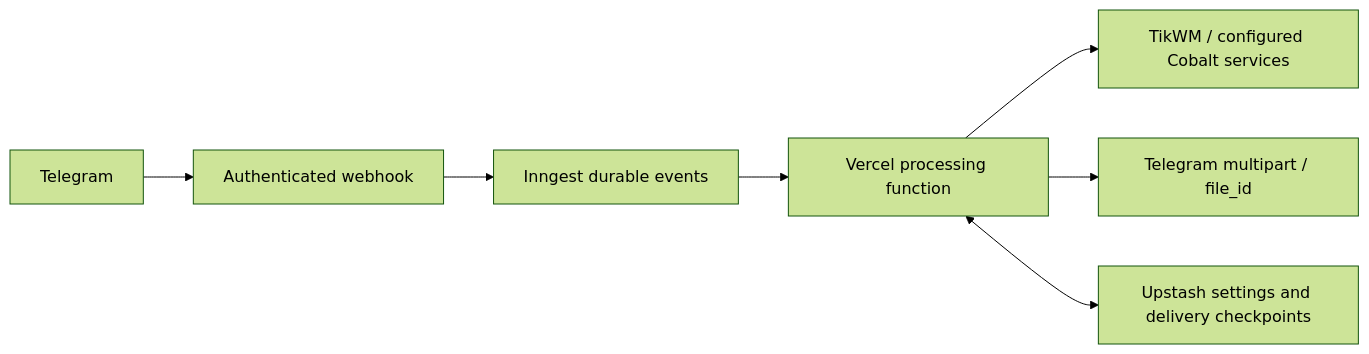
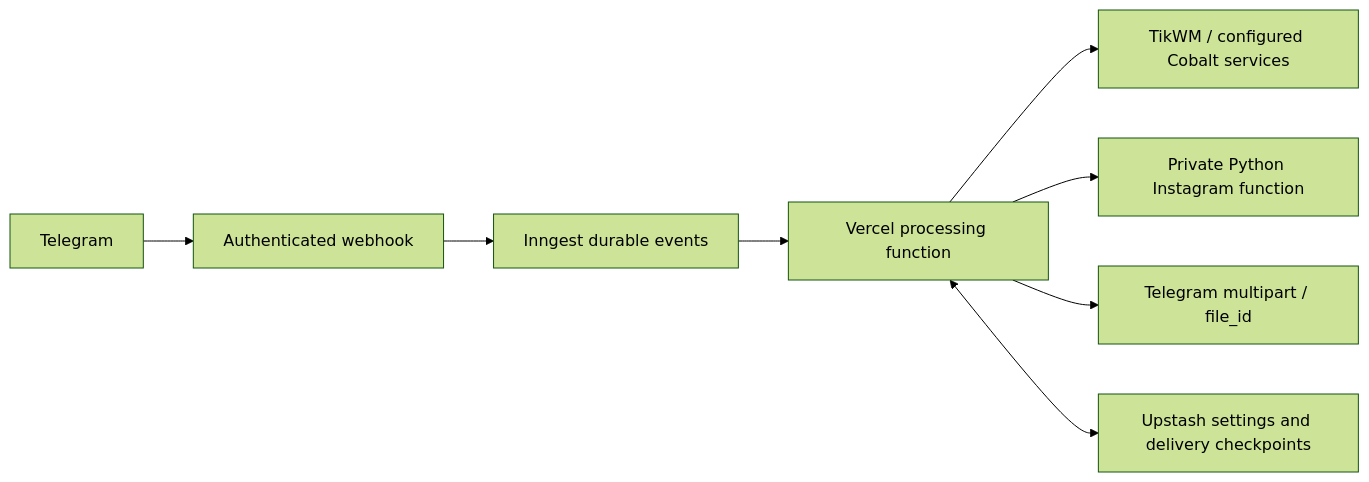
One commit to Gleb4442/telegram-video-bot changed the diagram in README.md. Above: the diagram before and after it, drawn with Mermaid (forest theme). The commit also changed other lines of this file and 5 other files, not shown here.

````diff
--- a/README.md
+++ b/README.md
@@ -22,9 +22,10 @@
 ```mermaid
 flowchart LR
   Telegram --> Webhook[Authenticated webhook]
   Webhook --> Queue[Inngest durable events]
   Queue --> Function[Vercel processing function]
   Function --> Scrapers[TikWM / configured Cobalt services]
+  Function --> Instagram[Private Python Instagram function]
   Function --> API[Telegram multipart / file_id]
   Function <--> State[Upstash settings and delivery checkpoints]
 ```
````
